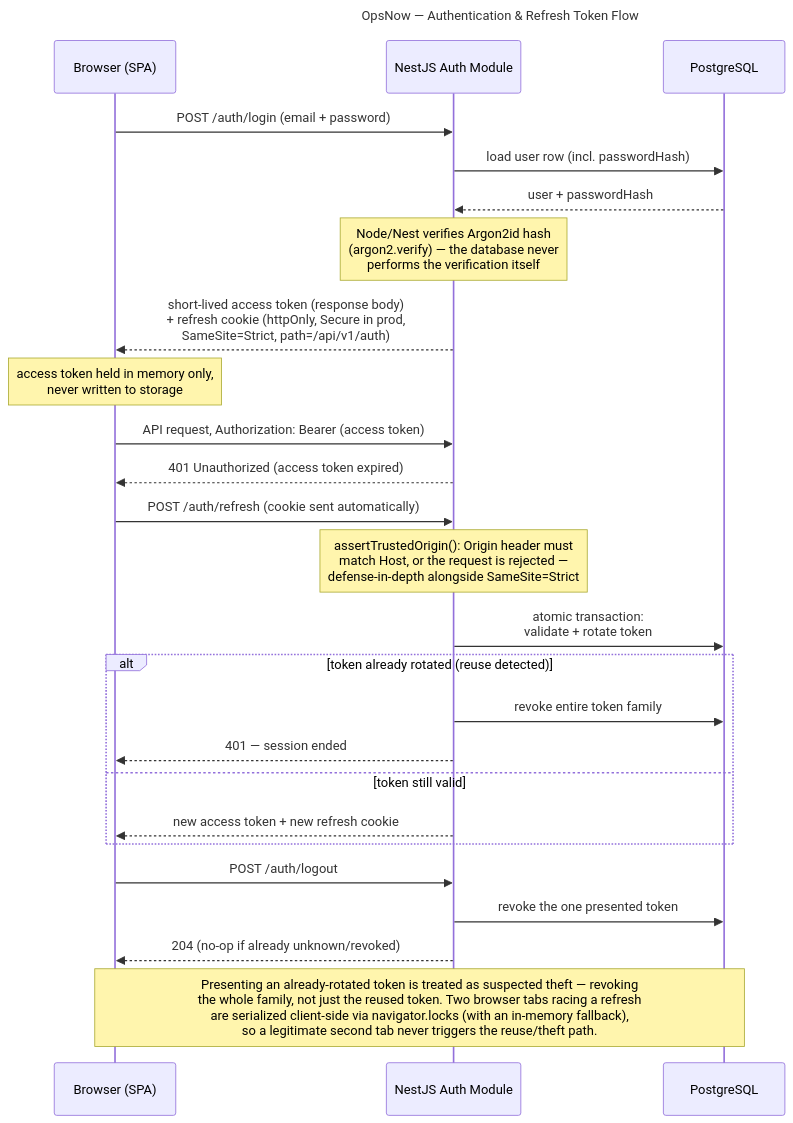
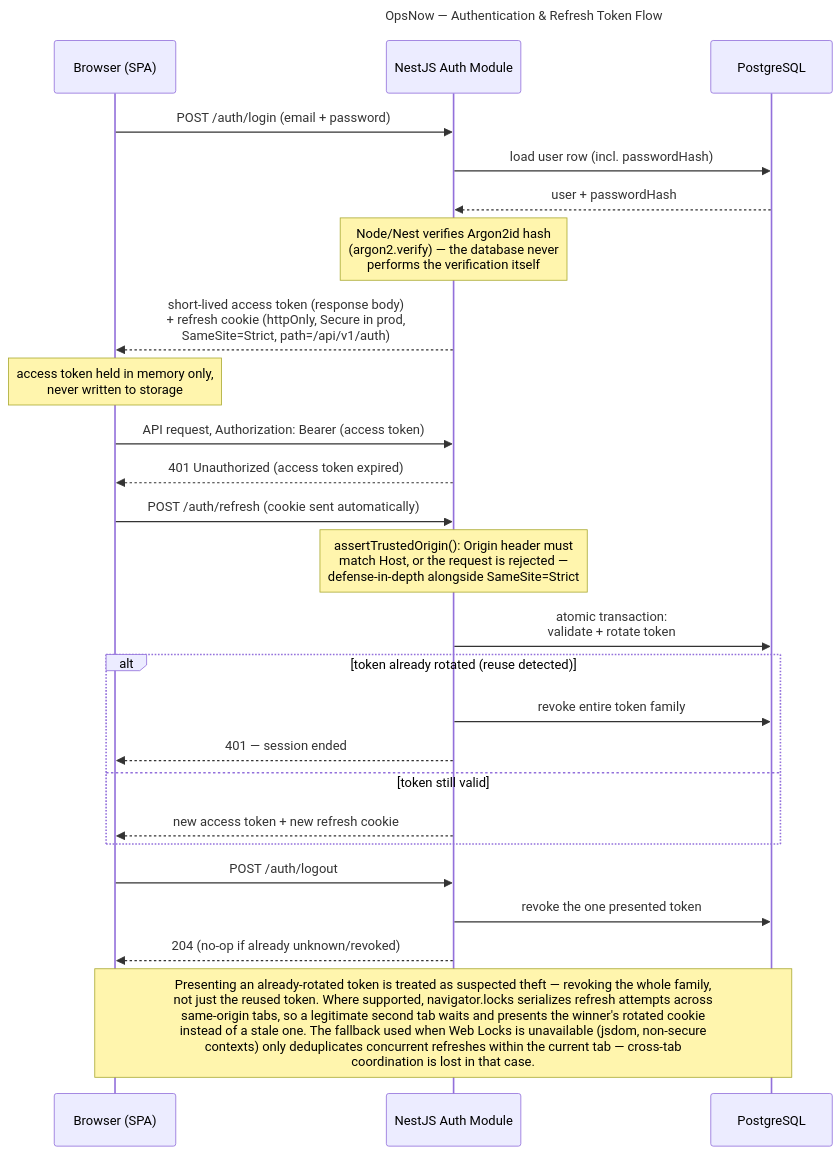
One commit to prottoyb/OpsNow changed the diagram in Diagrams/06-auth-refresh-flow.mmd. Above: the diagram before and after it, drawn with Mermaid. The commit also changed 4 other files, not shown here.

First line of the commit message:
docs: finalize OpsNow diagram corrections

```diff
--- a/Diagrams/06-auth-refresh-flow.mmd
+++ b/Diagrams/06-auth-refresh-flow.mmd
@@ -1,34 +1,34 @@
 ---
 title: OpsNow — Authentication & Refresh Token Flow
 ---
 sequenceDiagram
     participant B as Browser (SPA)
     participant A as NestJS Auth Module
     participant D as PostgreSQL
 
     B->>A: POST /auth/login (email + password)
     A->>D: load user row (incl. passwordHash)
     D-->>A: user + passwordHash
     Note over A: Node/Nest verifies Argon2id hash<br/>(argon2.verify) — the database never<br/>performs the verification itself
     A-->>B: short-lived access token (response body)<br/>+ refresh cookie (httpOnly, Secure in prod,<br/>SameSite=Strict, path=/api/v1/auth)
 
     Note over B: access token held in memory only,<br/>never written to storage
 
     B->>A: API request, Authorization: Bearer (access token)
     A-->>B: 401 Unauthorized (access token expired)
 
     B->>A: POST /auth/refresh (cookie sent automatically)
     Note over A: assertTrustedOrigin(): Origin header must<br/>match Host, or the request is rejected —<br/>defense-in-depth alongside SameSite=Strict
     A->>D: atomic transaction:<br/>validate + rotate token
     alt token already rotated (reuse detected)
         A->>D: revoke entire token family
         A-->>B: 401 — session ended
     else token still valid
         A-->>B: new access token + new refresh cookie
     end
 
     B->>A: POST /auth/logout
     A->>D: revoke the one presented token
     A-->>B: 204 (no-op if already unknown/revoked)
 
-    Note over B,D: Presenting an already-rotated token is treated as suspected theft — revoking<br/>the whole family, not just the reused token. Two browser tabs racing a refresh<br/>are serialized client-side via navigator.locks (with an in-memory fallback),<br/>so a legitimate second tab never triggers the reuse/theft path.
+    Note over B,D: Presenting an already-rotated token is treated as suspected theft — revoking the whole family,<br/>not just the reused token. Where supported, navigator.locks serializes refresh attempts across<br/>same-origin tabs, so a legitimate second tab waits and presents the winner's rotated cookie<br/>instead of a stale one. The fallback used when Web Locks is unavailable (jsdom, non-secure<br/>contexts) only deduplicates concurrent refreshes within the current tab — cross-tab<br/>coordination is lost in that case.
```
